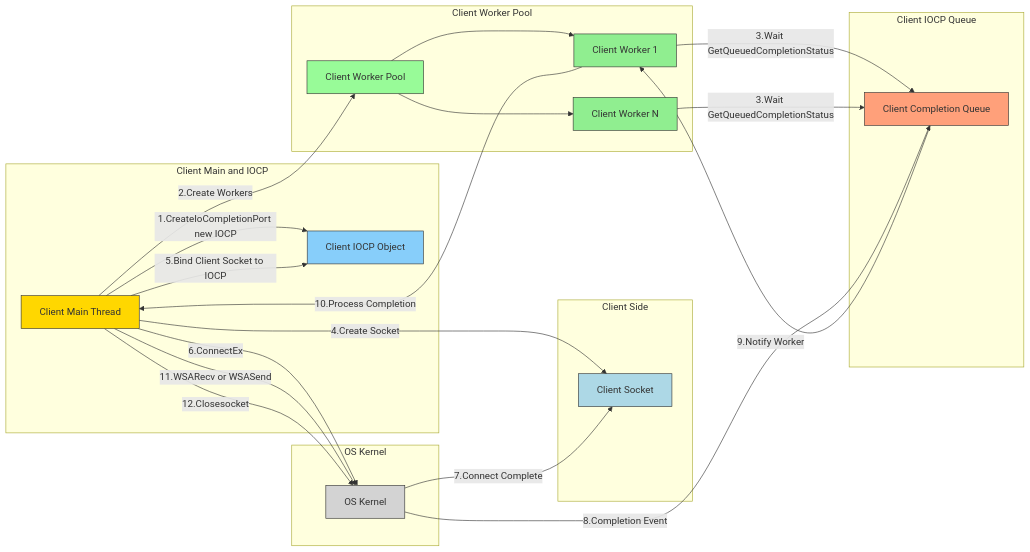
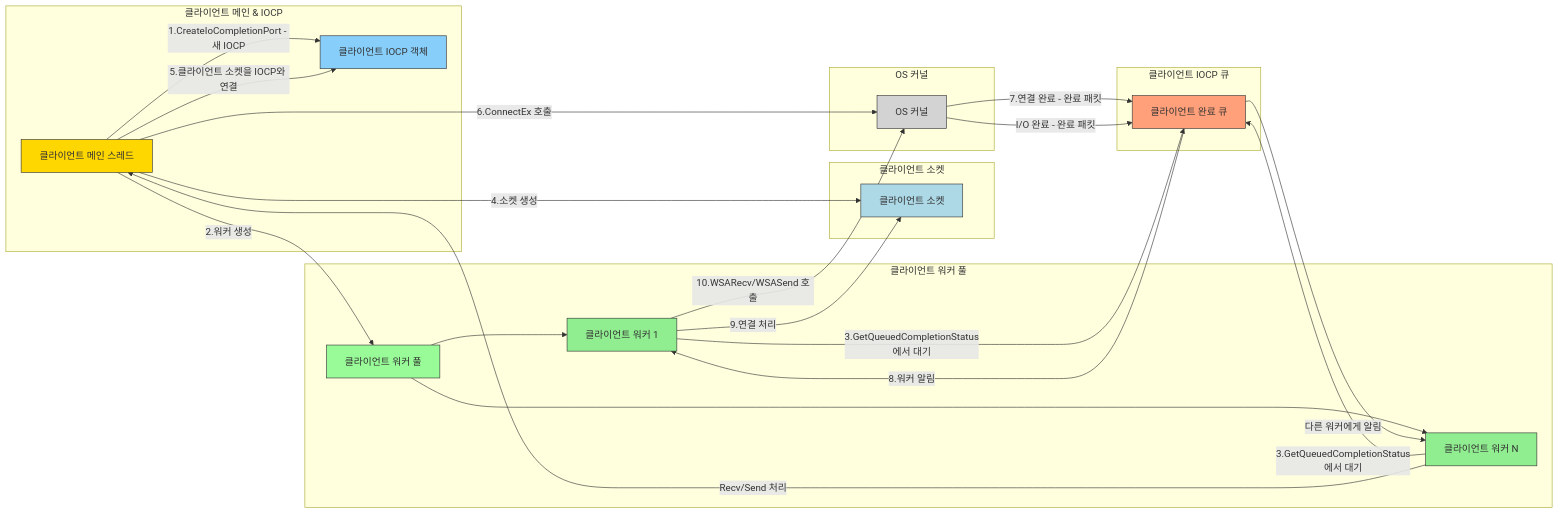
Before and after one commit to JunKIM2603a/MyIperf: the second of 2 diagrams in UML/IOCP.md, drawn with Mermaid. The commit also changed other lines of this file and 19 other files, not shown here.

````diff
--- a/UML/IOCP.md
+++ b/UML/IOCP.md
@@ -88,60 +81,53 @@
 ```mermaid
 graph LR;
 
-    %% Main & IOCP
-    subgraph CLIENT_MAIN ["Client Main and IOCP"]
-        CMain[Client Main Thread]:::main;
-        CIOCP[Client IOCP Object]:::iocp;
+    subgraph "클라이언트 메인 & IOCP"
+        CMain[클라이언트 메인 스레드]:::main;
+        CIOCP[클라이언트 IOCP 객체]:::iocp;
     end
 
-    %% Client Sockets
-    subgraph CLIENT ["Client Side"]
-        ClientSocket[Client Socket]:::client;
+    subgraph "클라이언트 소켓"
+        ClientSocket[클라이언트 소켓]:::client;
     end
 
-    %% Worker Pool
-    subgraph CLIENT_WORKERS ["Client Worker Pool"]
-        CPool[Client Worker Pool]:::pool;
-        CWorker1[Client Worker 1]:::worker;
-        CWorkerN[Client Worker N]:::worker;
+    subgraph "클라이언트 워커 풀"
+        CPool[클라이언트 워커 풀]:::pool;
+        CWorker1[클라이언트 워커 1]:::worker;
+        CWorkerN[클라이언트 워커 N]:::worker;
     end
 
-    %% Completion Queue
-    subgraph CLIENT_QUEUE ["Client IOCP Queue"]
-        CQueue[Client Completion Queue]:::queue;
+    subgraph "클라이언트 IOCP 큐"
+        CQueue[클라이언트 완료 큐]:::queue;
     end
 
-    %% OS Kernel
-    subgraph KERNEL ["OS Kernel"]
-        Kernel[OS Kernel]:::kernel;
+    subgraph "OS 커널"
+        Kernel[OS 커널]:::kernel;
     end
 
-    %% Flow
-    CMain -->|1.CreateIoCompletionPort new IOCP| CIOCP;
-    CMain -->|2.Create Workers| CPool;
-    CPool --> CWorker1;
-    CPool --> CWorkerN;
-    CWorker1 -->|3.Wait GetQueuedCompletionStatus| CQueue;
-    CWorkerN -->|3.Wait GetQueuedCompletionStatus| CQueue;
+    %% 흐름
+    CMain -->|1.CreateIoCompletionPort - 새 IOCP| CIOCP;
+    CMain -->|2.워커 생성| CPool;
+    CPool --> CWorker1 & CWorkerN;
+    CWorker1 & CWorkerN -->|3.GetQueuedCompletionStatus에서 대기| CQueue;
 
-    CMain -->|4.Create Socket| ClientSocket;
-    CMain -->|5.Bind Client Socket to IOCP| CIOCP;
-    CMain -->|6.ConnectEx| Kernel;
+    CMain -->|4.소켓 생성| ClientSocket;
+    CMain -->|5.클라이언트 소켓을 IOCP와 연결| CIOCP;
+    CMain -->|6.ConnectEx 호출| Kernel;
 
-    Kernel -->|7.Connect Complete| ClientSocket;
-    Kernel -->|8.Completion Event| CQueue;
-    CQueue -->|9.Notify Worker| CWorker1;
-    CWorker1 -->|10.Process Completion| CMain;
-    CMain -->|11.WSARecv or WSASend| Kernel;
-    CMain -->|12.Closesocket| Kernel;
+    Kernel -- "7.연결 완료 - 완료 패킷" --> CQueue;
+    CQueue -->|8.워커 알림| CWorker1;
+    CWorker1 -- "9.연결 처리" --> ClientSocket;
+    CWorker1 -->|10.WSARecv/WSASend 호출| Kernel;
 
-    %% Styling
+    Kernel -- "I/O 완료 - 완료 패킷" --> CQueue;
+    CQueue -->|다른 워커에게 알림| CWorkerN;
+    CWorkerN -->|Recv/Send 처리| CMain;
+
     classDef main fill:#FFD700,stroke:#333,stroke-width:1px;
     classDef iocp fill:#87CEFA,stroke:#333,stroke-width:1px;
     classDef pool fill:#98FB98,stroke:#333,stroke-width:1px;
     classDef worker fill:#90EE90,stroke:#333,stroke-width:1px;
     classDef queue fill:#FFA07A,stroke:#333,stroke-width:1px;
     classDef kernel fill:#D3D3D3,stroke:#333,stroke-width:1px;
     classDef client fill:#ADD8E6,stroke:#333,stroke-width:1px;
-
 ```
````
